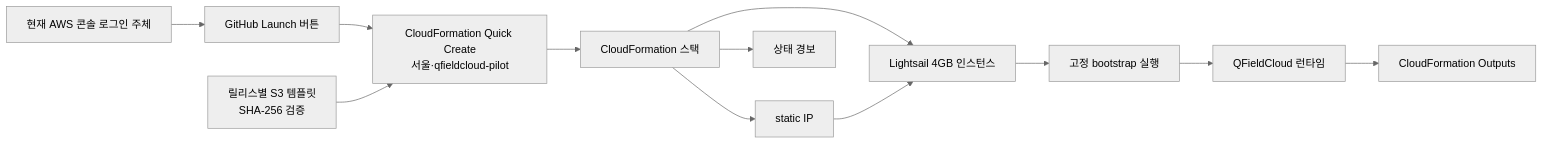
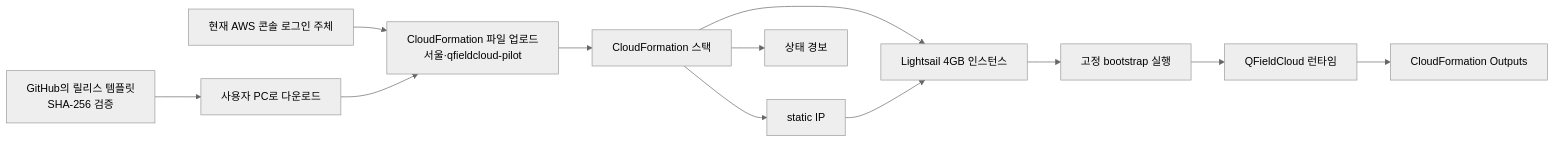
One commit to jusubkim94/qfieldcloud-self-hosting-for-arboreta changed the first of 3 diagrams in docs/architecture.md. Above: the diagram before and after it, drawn with Mermaid (neutral theme). The commit also changed other lines of this file and 19 other files, not shown here.

````diff
--- a/docs/architecture.md
+++ b/docs/architecture.md
@@ -11,14 +11,14 @@
 ```mermaid
 flowchart LR
-    User[현재 AWS 콘솔 로그인 주체] --> Launch[GitHub Launch 버튼]
-    Launch --> Quick[CloudFormation Quick Create<br/>서울·qfieldcloud-pilot]
-    Artifact[릴리스별 S3 템플릿<br/>SHA-256 검증] --> Quick
-    Quick --> CFN[CloudFormation 스택]
+    Artifact[GitHub의 릴리스 템플릿<br/>SHA-256 검증] --> Download[사용자 PC로 다운로드]
+    User[현재 AWS 콘솔 로그인 주체] --> Upload[CloudFormation 파일 업로드<br/>서울·qfieldcloud-pilot]
+    Download --> Upload
+    Upload --> CFN[CloudFormation 스택]
     CFN --> LS[Lightsail 4GB 인스턴스]
     CFN --> IP[static IP]
     CFN --> Alarm[상태 경보]
     IP --> LS
     LS --> Bootstrap[고정 bootstrap 실행]
     Bootstrap --> Runtime[QFieldCloud 런타임]
     Runtime --> Output[CloudFormation Outputs]
 ```
````
